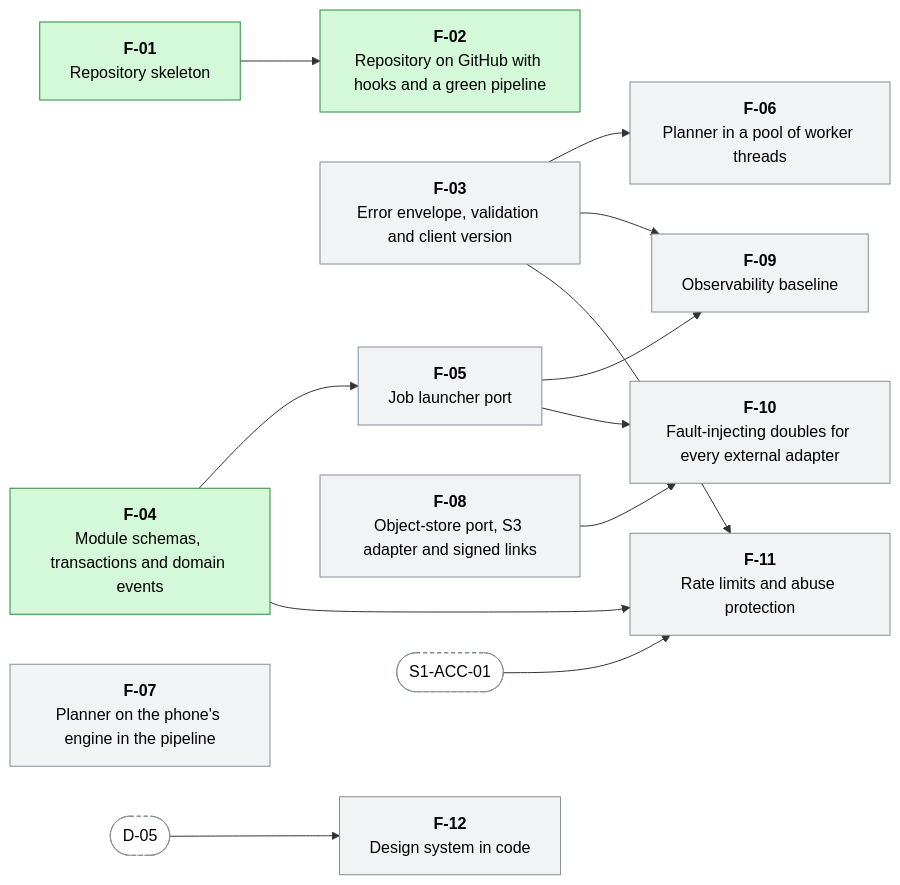
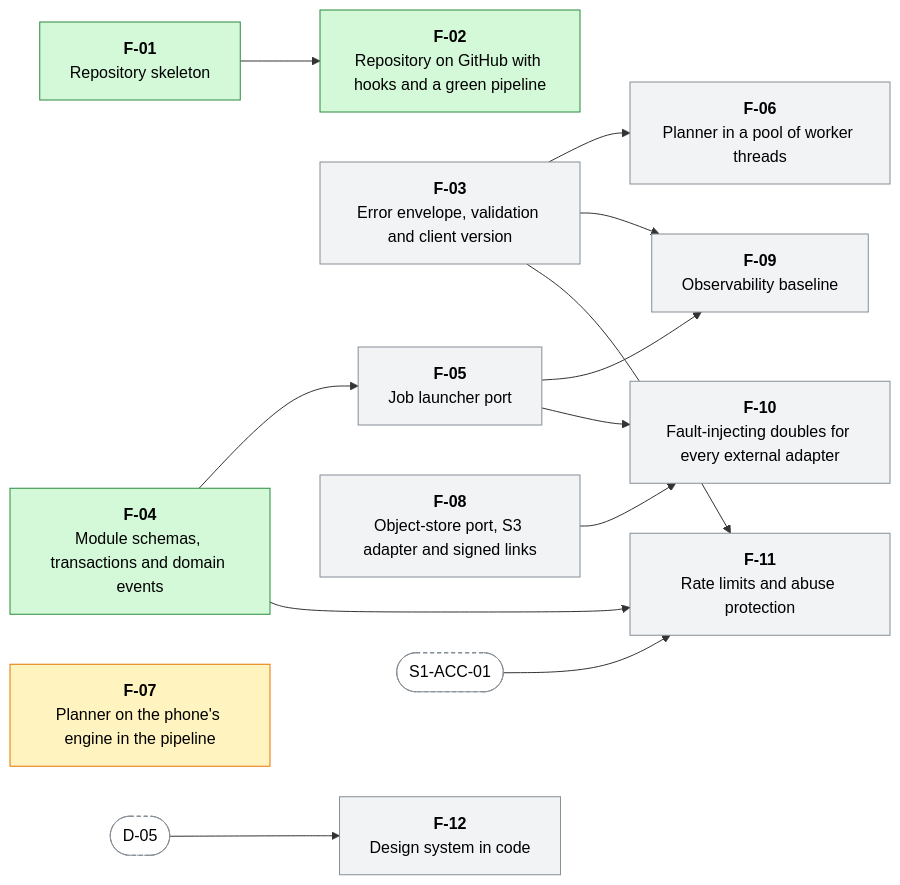
One commit to menisika/Smart-Tour-Guide-and-Itinerary-Planner changed the third of 17 diagrams in docs/WORK-PLAN.md. Above: the diagram before and after it, drawn with Mermaid. The commit also changed other lines of this file, not shown here.

First line of the commit message:
docs(docs): claim the two-engine package

````diff
--- a/docs/WORK-PLAN.md
+++ b/docs/WORK-PLAN.md
@@ -534,33 +534,33 @@
 ```mermaid
 flowchart LR
   classDef done fill:#d3f9d8,stroke:#2b8a3e,color:#000
   classDef progress fill:#fff3bf,stroke:#e67700,color:#000
   classDef blocked fill:#ffe3e3,stroke:#c92a2a,color:#000
   classDef todo fill:#f1f3f5,stroke:#868e96,color:#000
   classDef outside fill:#ffffff,stroke:#868e96,stroke-dasharray:4 3,color:#000
   F_01["<b>F-01</b><br/>Repository skeleton"]:::done
   F_02["<b>F-02</b><br/>Repository on GitHub with hooks and a green pipeline"]:::done
   F_03["<b>F-03</b><br/>Error envelope, validation and client version"]:::todo
   F_04["<b>F-04</b><br/>Module schemas, transactions and domain events"]:::done
   F_05["<b>F-05</b><br/>Job launcher port"]:::todo
   F_06["<b>F-06</b><br/>Planner in a pool of worker threads"]:::todo
-  F_07["<b>F-07</b><br/>Planner on the phone's engine in the pipeline"]:::todo
+  F_07["<b>F-07</b><br/>Planner on the phone's engine in the pipeline"]:::progress
   F_08["<b>F-08</b><br/>Object-store port, S3 adapter and signed links"]:::todo
   F_09["<b>F-09</b><br/>Observability baseline"]:::todo
   F_10["<b>F-10</b><br/>Fault-injecting doubles for every external adapter"]:::todo
   F_11["<b>F-11</b><br/>Rate limits and abuse protection"]:::todo
   F_12["<b>F-12</b><br/>Design system in code"]:::todo
   D_05(["D-05"]):::outside
   S1_ACC_01(["S1-ACC-01"]):::outside
   F_01 --> F_02
   F_04 --> F_05
   F_03 --> F_06
   F_03 --> F_09
   F_05 --> F_09
   F_08 --> F_10
   F_05 --> F_10
   F_03 --> F_11
   F_04 --> F_11
   S1_ACC_01 --> F_11
   D_05 --> F_12
 ```
````
